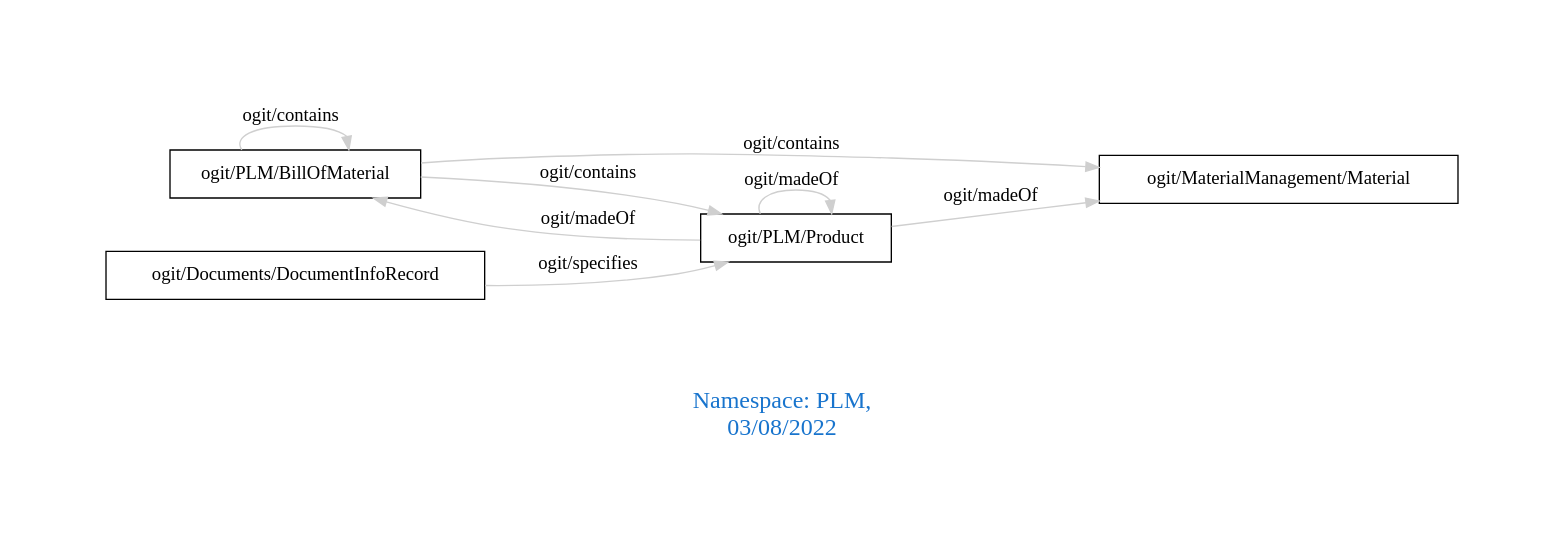
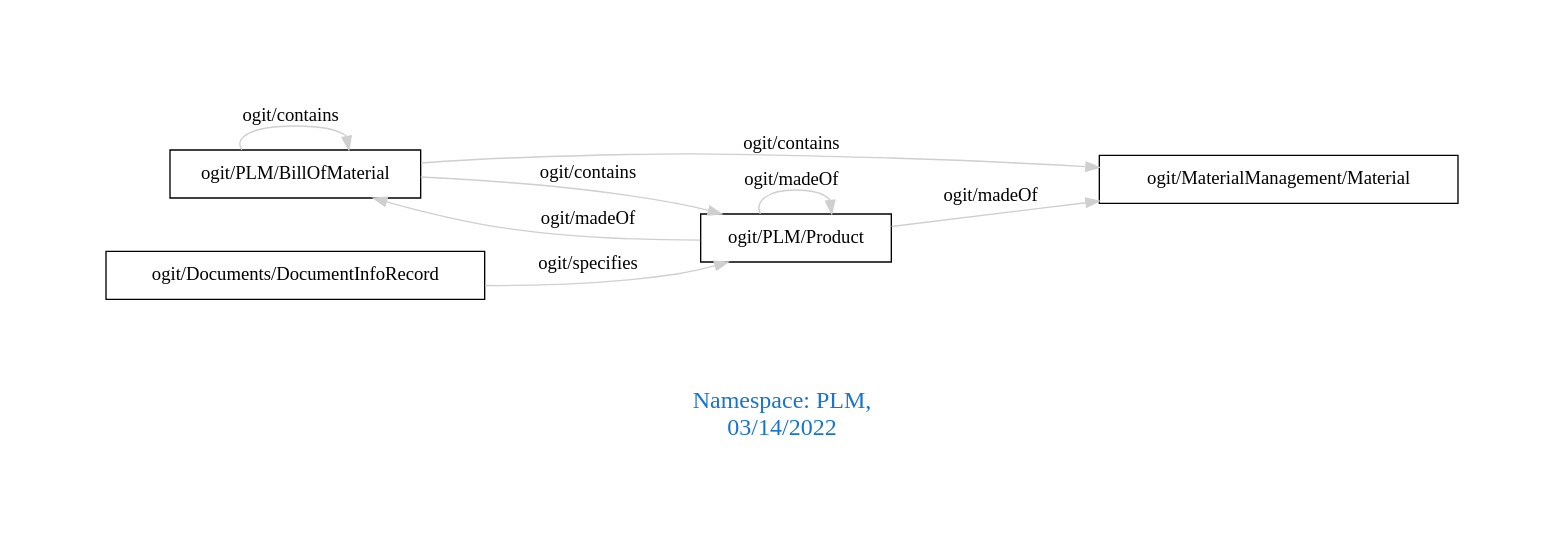
The diagram in downloads/PLM.dot (arago/OGIT), drawn with Graphviz before and after one commit. The commit also changed 1906 other files, not shown here.

```diff
--- a/downloads/PLM.dot
+++ b/downloads/PLM.dot
@@ -1,15 +1,15 @@
 digraph OGIT_ontology {
  graph [ rankdir= LR,pad=1 
 fontsize = 18,
-fontcolor= dodgerblue3,label = "\n\n\nNamespace: PLM, \n 03/08/2022"];
+fontcolor= dodgerblue3,label = "\n\n\nNamespace: PLM, \n 03/14/2022"];
 node[shape=polygon];
 edge [  color="gray81"];
 
    "ogit/PLM/BillOfMaterial" -> "ogit/PLM/Product" [label="   ogit/contains    "];
    "ogit/PLM/BillOfMaterial" -> "ogit/MaterialManagement/Material" [label="   ogit/contains    "];
    "ogit/Documents/DocumentInfoRecord" -> "ogit/PLM/Product" [label="   ogit/specifies    "];
    "ogit/PLM/Product" -> "ogit/PLM/BillOfMaterial" [label="   ogit/madeOf    "];
    "ogit/PLM/Product" -> "ogit/MaterialManagement/Material" [label="   ogit/madeOf    "];
    "ogit/PLM/BillOfMaterial" -> "ogit/PLM/BillOfMaterial" [label="   ogit/contains    "];
    "ogit/PLM/Product" -> "ogit/PLM/Product" [label="   ogit/madeOf    "];
 }
```
